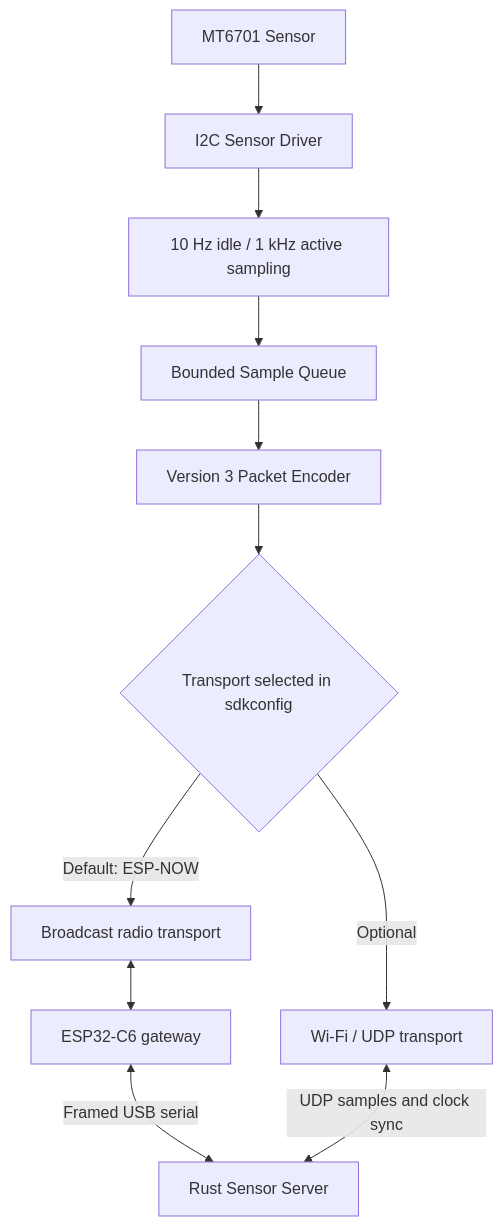
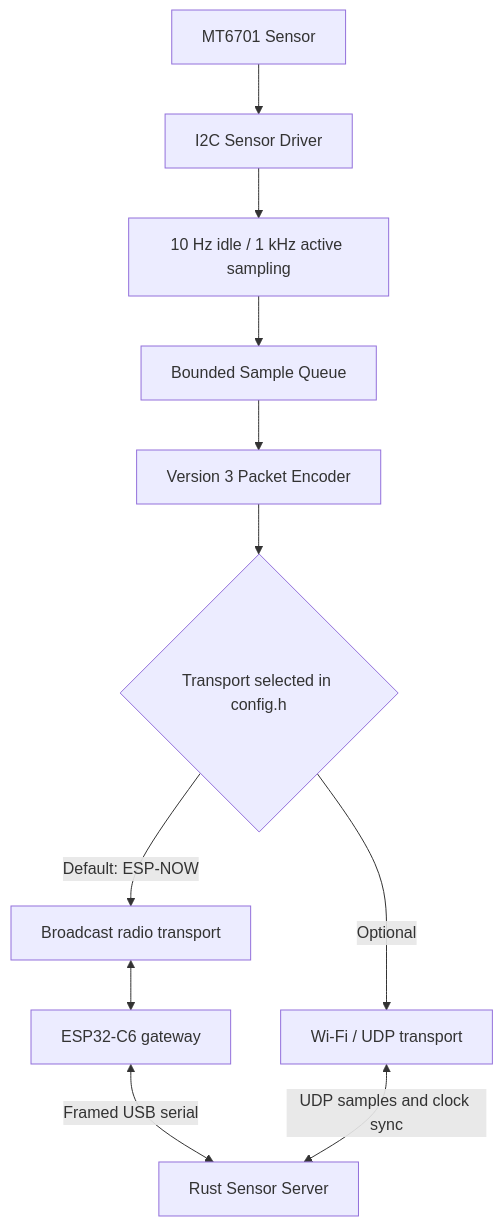
One commit to Neko-vecter/inverted-pendulum-sensor changed the second of 5 diagrams in docs/architecture.md. Above: the diagram before and after it, drawn with Mermaid. The commit also changed other lines of this file, not shown here.

````diff
--- a/docs/architecture.md
+++ b/docs/architecture.md
@@ -26,13 +26,13 @@
 ```mermaid
 flowchart TD
     Sensor["MT6701 Sensor"] --> Driver["I2C Sensor Driver"]
     Driver --> Sampler["10 Hz idle / 1 kHz active sampling"]
     Sampler --> Queue["Bounded Sample Queue"]
     Queue --> Encoder["Version 3 Packet Encoder"]
-    Encoder --> Select{"Transport selected in sdkconfig"}
+    Encoder --> Select{"Transport selected in config.h"}
     Select -->|Default: ESP-NOW| Radio["Broadcast radio transport"]
     Radio <--> Gateway["ESP32-C6 gateway"]
     Gateway <-->|"Framed USB serial"| Server["Rust Sensor Server"]
     Select -->|Optional| UDP["Wi-Fi / UDP transport"]
     UDP <-->|"UDP samples and clock sync"| Server
 ```
````
